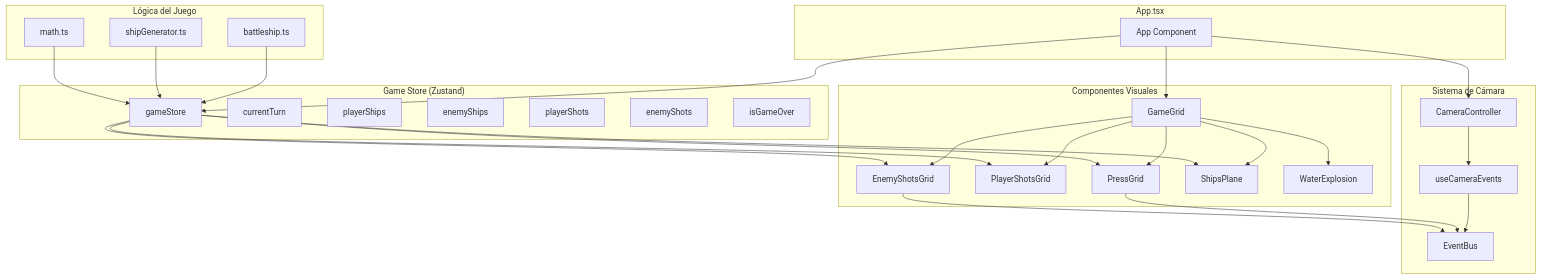
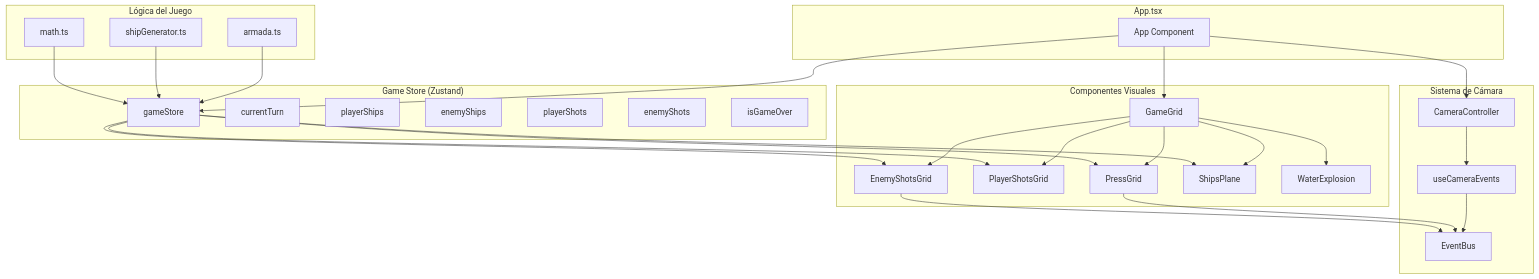
The second of 8 diagrams in DIAGRAMA_FLUJO.md (alexsantos-eth/battleships), drawn with Mermaid before and after one commit. The commit also changed other lines of this file and 10 other files, not shown here.

````diff
--- a/DIAGRAMA_FLUJO.md
+++ b/DIAGRAMA_FLUJO.md
@@ -69,62 +69,62 @@
 ```mermaid
 graph TB
     subgraph "App.tsx"
         A[App Component]
     end
     
     subgraph "Game Store (Zustand)"
         B[gameStore]
         B1[currentTurn]
         B2[playerShips]
         B3[enemyShips]
         B4[playerShots]
         B5[enemyShots]
         B6[isGameOver]
     end
     
     subgraph "Componentes Visuales"
         C[GameGrid]
         D[PressGrid]
         E[PlayerShotsGrid]
         F[EnemyShotsGrid]
         G[ShipsPlane]
         H[WaterExplosion]
     end
     
     subgraph "Sistema de Cámara"
         I[CameraController]
         J[useCameraEvents]
         K[EventBus]
     end
     
     subgraph "Lógica del Juego"
-        L[battleship.ts]
+        L[armada.ts]
         M[shipGenerator.ts]
         N[math.ts]
     end
     
     A --> B
     A --> C
     A --> I
     
     C --> D
     C --> E
     C --> F
     C --> G
     C --> H
     
     B --> D
     B --> E
     B --> F
     B --> G
     
     I --> J
     J --> K
     
     D --> K
     F --> K
     
     L --> B
     M --> B
     N --> B
 ```
````
